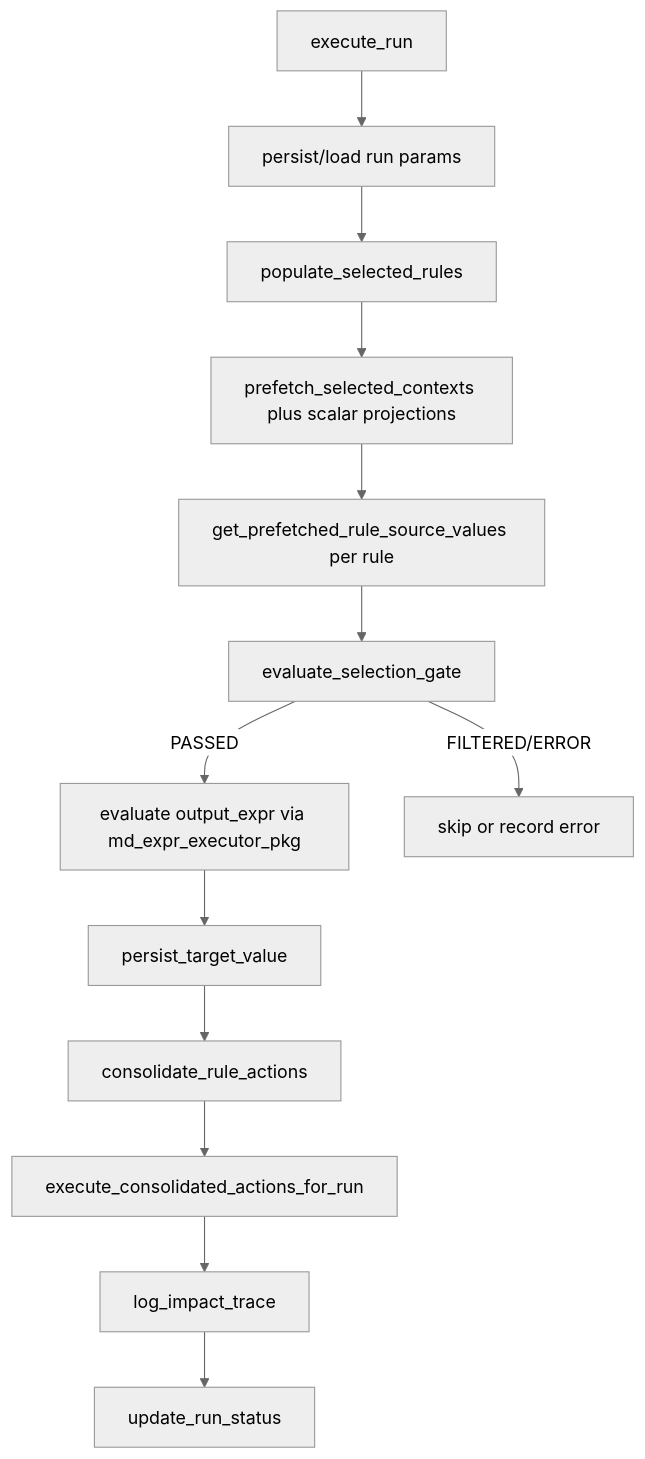
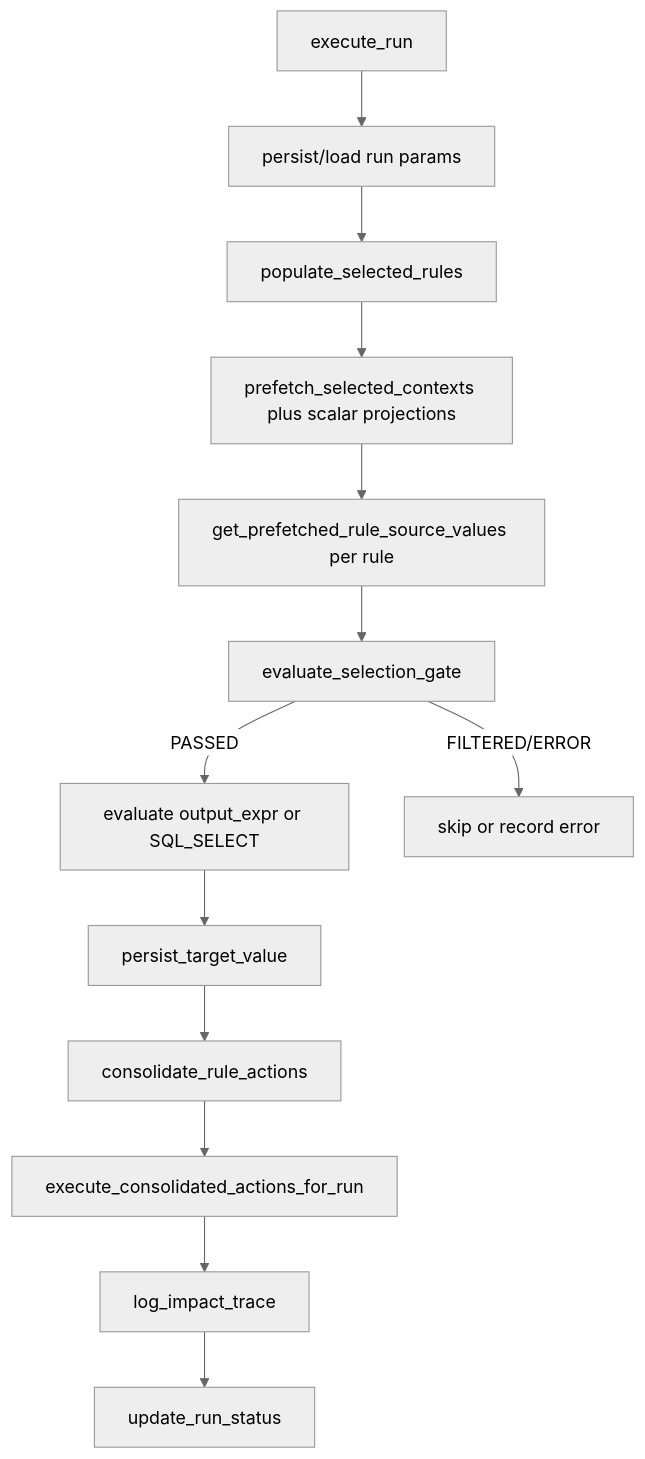
Before and after one commit to imrnaqvi/delta: the first of 2 diagrams in docs/system-architecture.md, drawn with Mermaid (neutral theme). The commit also changed other lines of this file and 13 other files, not shown here.

````diff
--- a/docs/system-architecture.md
+++ b/docs/system-architecture.md
@@ -27,15 +28,15 @@
 ```mermaid
 flowchart TD
   A[execute_run] --> B[persist/load run params]
   B --> C[populate_selected_rules]
   C --> D[prefetch_selected_contexts plus scalar projections]
   D --> E[get_prefetched_rule_source_values per rule]
   E --> F[evaluate_selection_gate]
-  F -->|PASSED| G[evaluate output_expr via md_expr_executor_pkg]
+  F -->|PASSED| G[evaluate output_expr or SQL_SELECT]
   F -->|FILTERED/ERROR| H[skip or record error]
   G --> I[persist_target_value]
   I --> J[consolidate_rule_actions]
   J --> K[execute_consolidated_actions_for_run]
   K --> L[log_impact_trace]
   L --> M[update_run_status]
 ```
````
